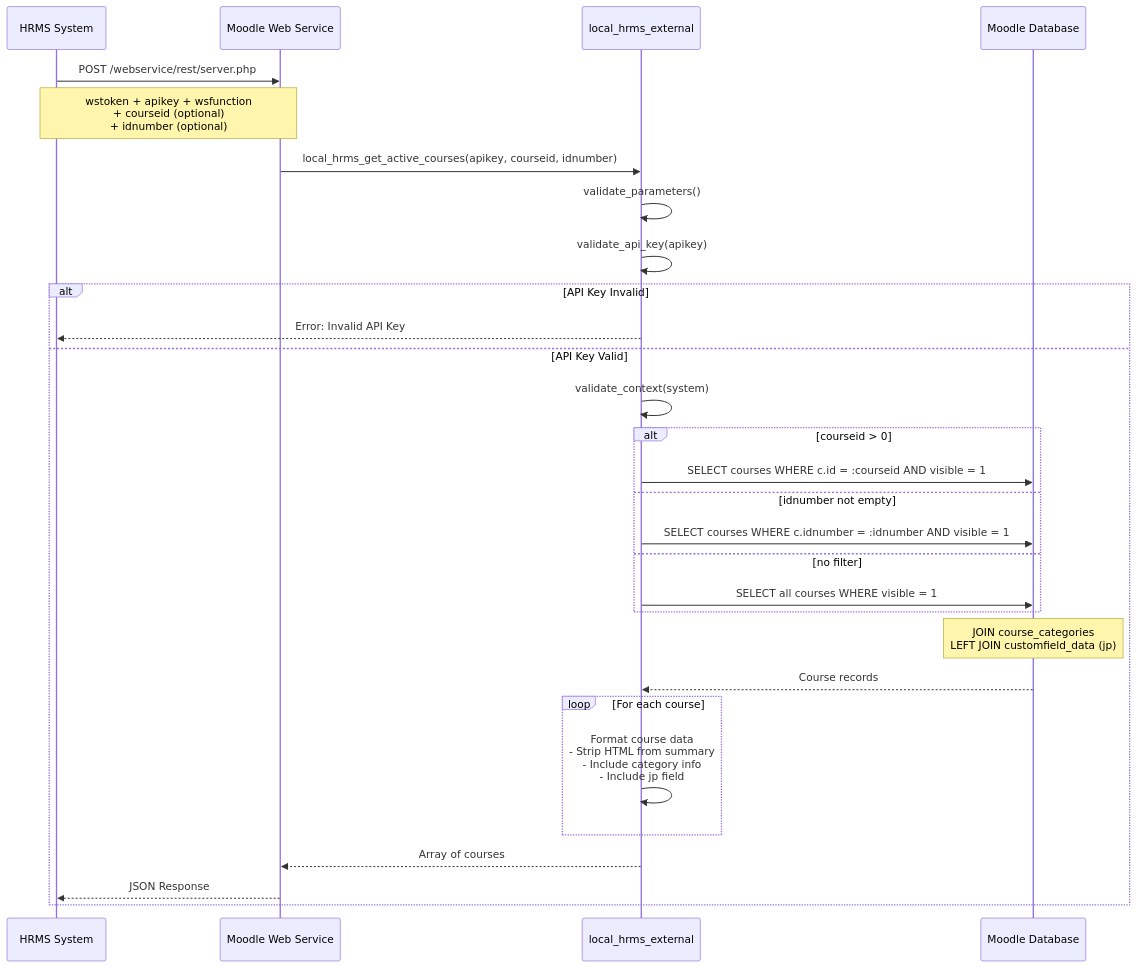
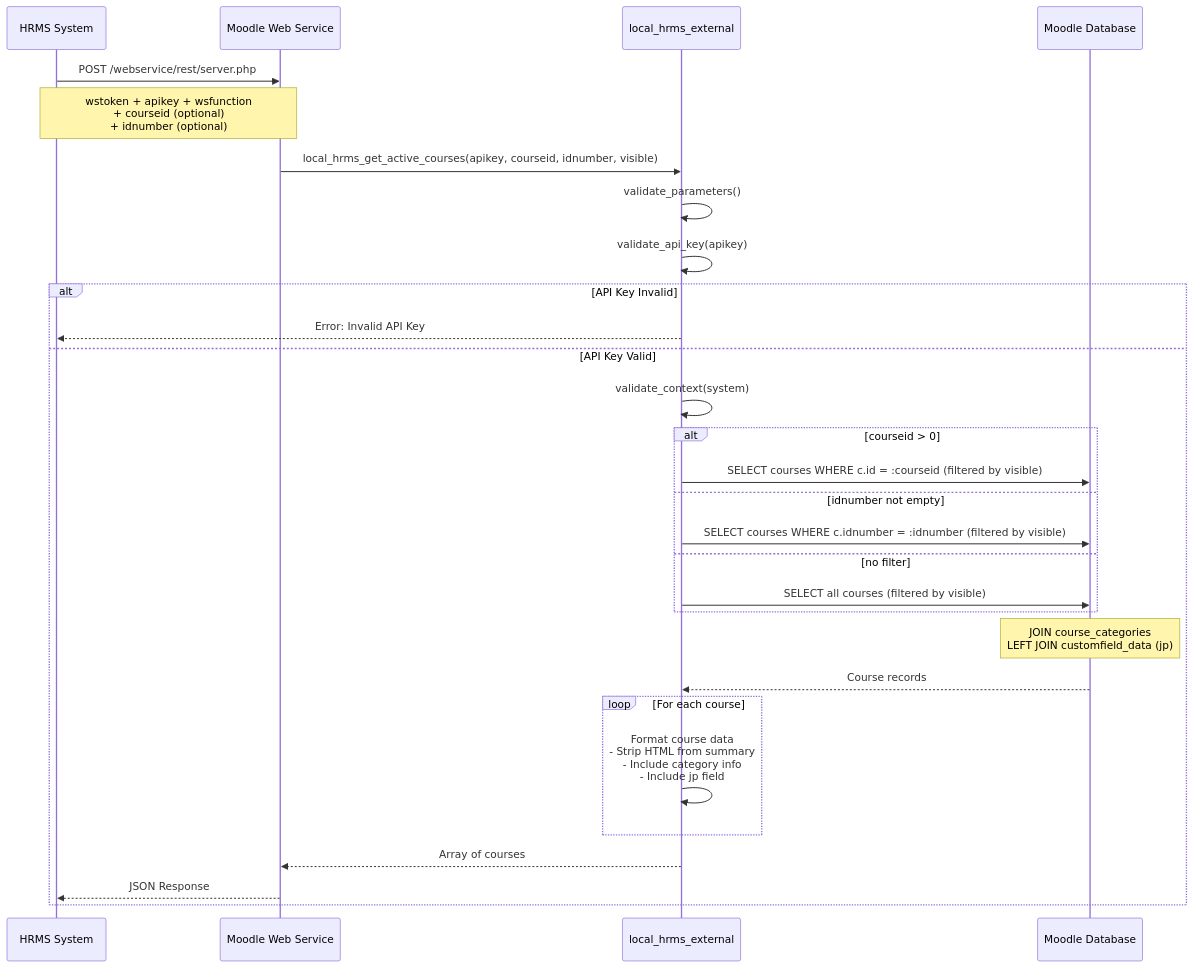
One commit to toosa/moodle-hrms changed the second of 21 diagrams in DIAGRAMS.md. Above: the diagram before and after it, drawn with Mermaid. The commit also changed other lines of this file and 4 other files, not shown here.

Commit message:
feat: enhance local_hrms_get_active_courses API with visibility filter and update documentation

````diff
--- a/DIAGRAMS.md
+++ b/DIAGRAMS.md
@@ -69,39 +69,39 @@
 ```mermaid
 sequenceDiagram
     participant HRMS as HRMS System
     participant WS as Moodle Web Service
     participant API as local_hrms_external
     participant DB as Moodle Database
     
     HRMS->>WS: POST /webservice/rest/server.php
     Note over HRMS,WS: wstoken + apikey + wsfunction<br/>+ courseid (optional)<br/>+ idnumber (optional)
     
-    WS->>API: local_hrms_get_active_courses(apikey, courseid, idnumber)
+    WS->>API: local_hrms_get_active_courses(apikey, courseid, idnumber, visible)
     
     API->>API: validate_parameters()
     API->>API: validate_api_key(apikey)
     
     alt API Key Invalid
         API-->>HRMS: Error: Invalid API Key
     else API Key Valid
         API->>API: validate_context(system)
         
         alt courseid > 0
-            API->>DB: SELECT courses WHERE c.id = :courseid AND visible = 1
+            API->>DB: SELECT courses WHERE c.id = :courseid (filtered by visible)
         else idnumber not empty
-            API->>DB: SELECT courses WHERE c.idnumber = :idnumber AND visible = 1
+            API->>DB: SELECT courses WHERE c.idnumber = :idnumber (filtered by visible)
         else no filter
-            API->>DB: SELECT all courses WHERE visible = 1
+            API->>DB: SELECT all courses (filtered by visible)
         end
         
         Note over DB: JOIN course_categories<br/>LEFT JOIN customfield_data (jp)
         DB-->>API: Course records
         
         loop For each course
             API->>API: Format course data<br/>- Strip HTML from summary<br/>- Include category info<br/>- Include jp field
         end
         
         API-->>WS: Array of courses
         WS-->>HRMS: JSON Response
     end
 ```
````
